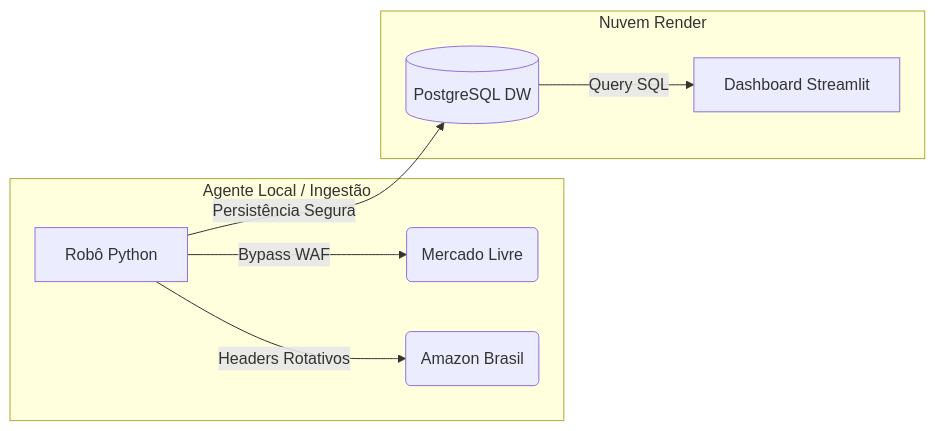
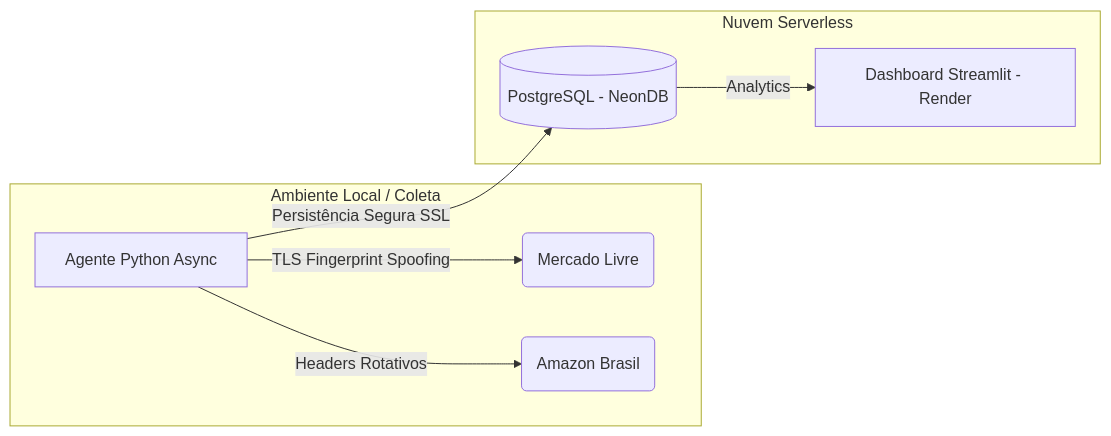
The diagram in README.md (KelvinSousaDev/vigilante-de-precos), drawn with Mermaid before and after one commit. The commit also changed other lines of this file and 1 other file, not shown here.

````diff
--- a/README.md
+++ b/README.md
@@ -20,12 +28,12 @@
 ```mermaid
 graph LR
-    subgraph Coleta [Agente Local / Ingestão]
-    A[Robô Python] -->|Bypass WAF| B(Mercado Livre)
+    subgraph Edge [Ambiente Local / Coleta]
+    A[Agente Python Async] -->|TLS Fingerprint Spoofing| B(Mercado Livre)
     A -->|Headers Rotativos| C(Amazon Brasil)
     end
 
-    subgraph Cloud [Nuvem Render]
-    A -->|Persistência Segura| D[(PostgreSQL DW)]
-    D -->|Query SQL| E[Dashboard Streamlit]
+    subgraph Cloud [Nuvem Serverless]
+    A -->|Persistência Segura SSL| D[(PostgreSQL - NeonDB)]
+    D -->|Analytics| E[Dashboard Streamlit - Render]
     end
 ```
````
